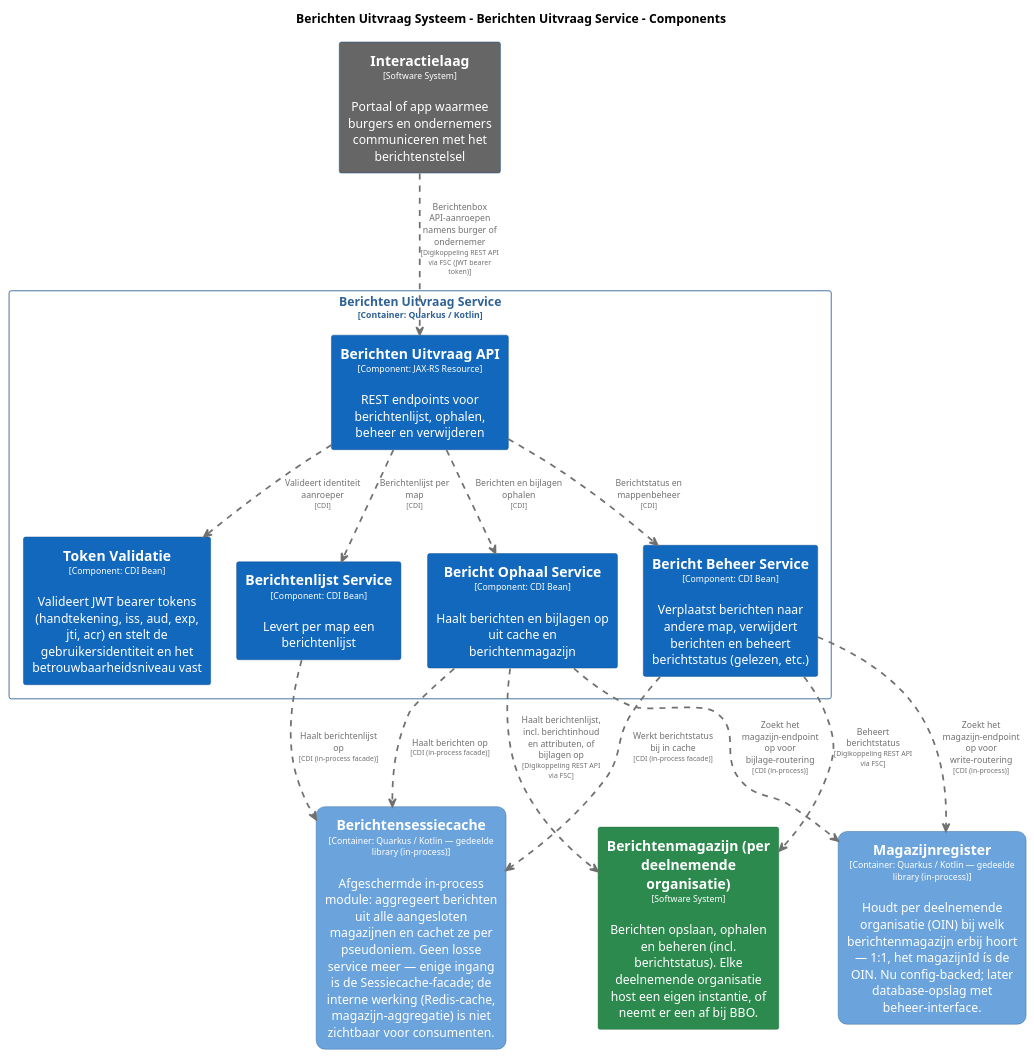
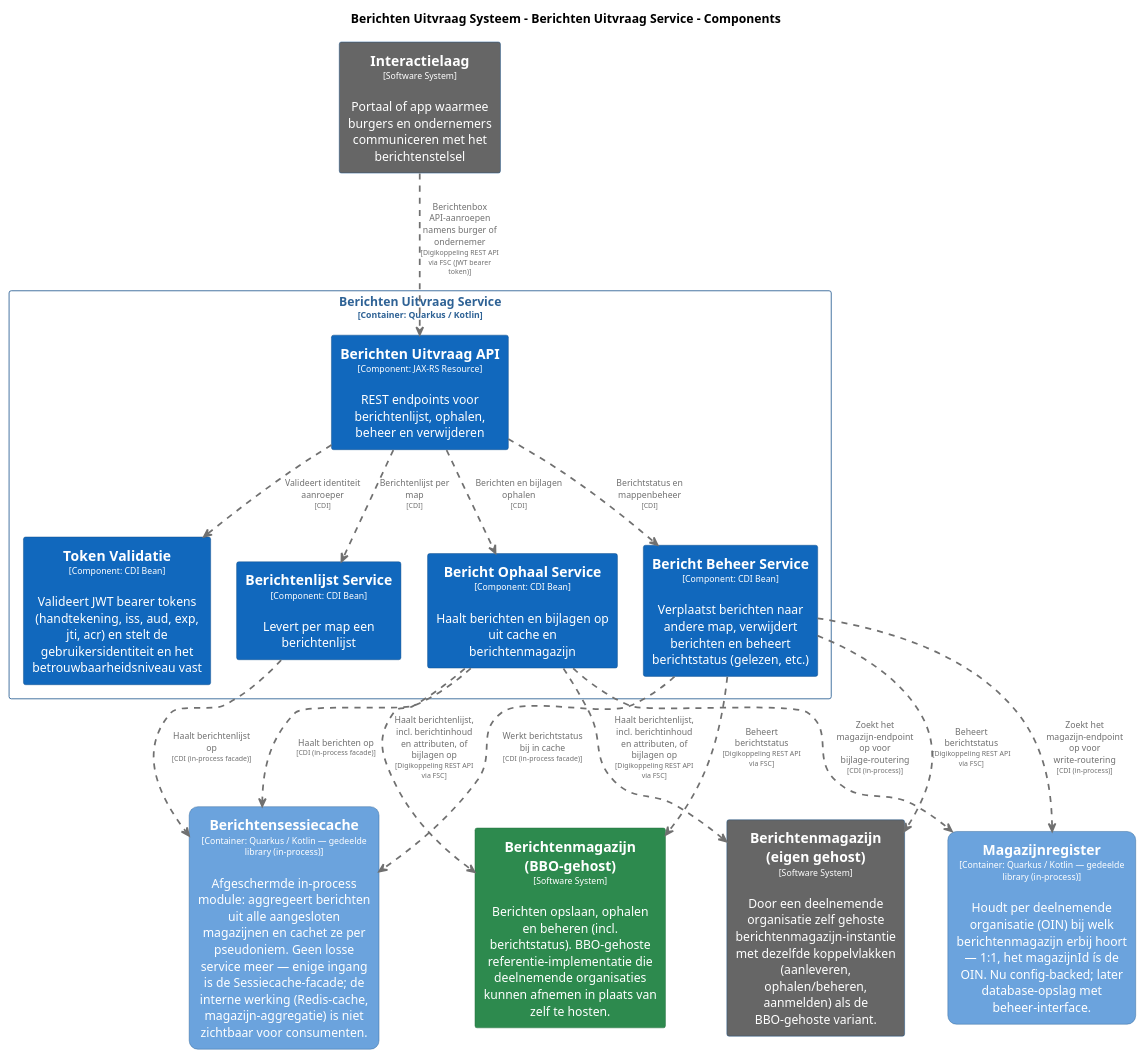
Before and after one commit to MinBZK/moza-poc-fbs-berichtenbox: the diagram in master/puml/BerichtenUitvraagServiceComponenten.puml, drawn with PlantUML. The commit also changed 90 other files, not shown here.

```diff
--- a/master/puml/BerichtenUitvraagServiceComponenten.puml
+++ b/master/puml/BerichtenUitvraagServiceComponenten.puml
@@ -1,105 +1,114 @@
 @startuml
 set separator none
 title Berichten Uitvraag Systeem - Berichten Uitvraag Service - Components
 
 top to bottom direction
 skinparam ranksep 60
 skinparam nodesep 30
 
 skinparam {
   arrowFontSize 10
   defaultTextAlignment center
   wrapWidth 200
   maxMessageSize 100
 }
 
 hide stereotype
 
 skinparam rectangle<<BerichtenUitvraagSysteem.BerichtenUitvraagService.BerichtBeheerService>> {
   BackgroundColor #1168bd
   FontColor #ffffff
   BorderColor #0b4884
   shadowing false
 }
 skinparam rectangle<<BerichtenUitvraagSysteem.BerichtenUitvraagService.BerichtOphaalService>> {
   BackgroundColor #1168bd
   FontColor #ffffff
   BorderColor #0b4884
   shadowing false
 }
 skinparam rectangle<<BerichtenUitvraagSysteem.BerichtenUitvraagService.BerichtenUitvraagAPI>> {
   BackgroundColor #1168bd
   FontColor #ffffff
   BorderColor #0b4884
   shadowing false
 }
 skinparam rectangle<<BerichtenUitvraagSysteem.BerichtenUitvraagService.BerichtenlijstService>> {
   BackgroundColor #1168bd
   FontColor #ffffff
   BorderColor #0b4884
   shadowing false
 }
-skinparam rectangle<<Berichtenmagazijnperdeelnemendeorganisatie>> {
+skinparam rectangle<<BerichtenmagazijnBBOgehost>> {
   BackgroundColor #2d8a4e
   FontColor #ffffff
   BorderColor #1e6b38
+  shadowing false
+}
+skinparam rectangle<<Berichtenmagazijneigengehost>> {
+  BackgroundColor #666666
+  FontColor #ffffff
+  BorderColor #0b4884
   shadowing false
 }
 skinparam rectangle<<BerichtenUitvraagSysteem.Berichtensessiecache>> {
   BackgroundColor #6ba3dd
   FontColor #ffffff
   BorderColor #2e6295
   roundCorner 20
   shadowing false
 }
 skinparam rectangle<<Interactielaag>> {
   BackgroundColor #666666
   FontColor #ffffff
   BorderColor #0b4884
   shadowing false
 }
 skinparam rectangle<<BerichtenUitvraagSysteem.Magazijnregister>> {
   BackgroundColor #6ba3dd
   FontColor #ffffff
   BorderColor #2e6295
   roundCorner 20
   shadowing false
 }
 skinparam rectangle<<BerichtenUitvraagSysteem.BerichtenUitvraagService.TokenValidatie>> {
   BackgroundColor #1168bd
   FontColor #ffffff
   BorderColor #0b4884
   shadowing false
 }
 skinparam rectangle<<BerichtenUitvraagSysteem.BerichtenUitvraagService>> {
   BorderColor #2e6295
   FontColor #2e6295
   shadowing false
 }
 
 rectangle "==Interactielaag\n<size:10>[Software System]</size>\n\nPortaal of app waarmee burgers en ondernemers communiceren met het berichtenstelsel" <<Interactielaag>> as Interactielaag
-rectangle "==Berichtenmagazijn (per deelnemende organisatie)\n<size:10>[Software System]</size>\n\nBerichten opslaan, ophalen en beheren (incl. berichtstatus). Elke deelnemende organisatie host een eigen instantie, of neemt er een af bij BBO." <<Berichtenmagazijnperdeelnemendeorganisatie>> as Berichtenmagazijnperdeelnemendeorganisatie
+rectangle "==Berichtenmagazijn (eigen gehost)\n<size:10>[Software System]</size>\n\nDoor een deelnemende organisatie zelf gehoste berichtenmagazijn-instantie met dezelfde koppelvlakken (aanleveren, ophalen/beheren, aanmelden) als de BBO-gehoste variant." <<Berichtenmagazijneigengehost>> as Berichtenmagazijneigengehost
+rectangle "==Berichtenmagazijn (BBO-gehost)\n<size:10>[Software System]</size>\n\nBerichten opslaan, ophalen en beheren (incl. berichtstatus). BBO-gehoste referentie-implementatie die deelnemende organisaties kunnen afnemen in plaats van zelf te hosten." <<BerichtenmagazijnBBOgehost>> as BerichtenmagazijnBBOgehost
 rectangle "==Berichtensessiecache\n<size:10>[Container: Quarkus / Kotlin — gedeelde library (in-process)]</size>\n\nAfgeschermde in-process module: aggregeert berichten uit alle aangesloten magazijnen en cachet ze per pseudoniem. Geen losse service meer — enige ingang is de Sessiecache-facade; de interne werking (Redis-cache, magazijn-aggregatie) is niet zichtbaar voor consumenten." <<BerichtenUitvraagSysteem.Berichtensessiecache>> as BerichtenUitvraagSysteem.Berichtensessiecache
 rectangle "==Magazijnregister\n<size:10>[Container: Quarkus / Kotlin — gedeelde library (in-process)]</size>\n\nHoudt per deelnemende organisatie (OIN) bij welk berichtenmagazijn erbij hoort — 1:1, het magazijnId ís de OIN. Nu config-backed; later database-opslag met beheer-interface." <<BerichtenUitvraagSysteem.Magazijnregister>> as BerichtenUitvraagSysteem.Magazijnregister
 
 rectangle "Berichten Uitvraag Service\n<size:10>[Container: Quarkus / Kotlin]</size>" <<BerichtenUitvraagSysteem.BerichtenUitvraagService>> {
   rectangle "==Berichten Uitvraag API\n<size:10>[Component: JAX-RS Resource]</size>\n\nREST endpoints voor berichtenlijst, ophalen, beheer en verwijderen" <<BerichtenUitvraagSysteem.BerichtenUitvraagService.BerichtenUitvraagAPI>> as BerichtenUitvraagSysteem.BerichtenUitvraagService.BerichtenUitvraagAPI
   rectangle "==Token Validatie\n<size:10>[Component: CDI Bean]</size>\n\nValideert JWT bearer tokens (handtekening, iss, aud, exp, jti, acr) en stelt de gebruikersidentiteit en het betrouwbaarheidsniveau vast" <<BerichtenUitvraagSysteem.BerichtenUitvraagService.TokenValidatie>> as BerichtenUitvraagSysteem.BerichtenUitvraagService.TokenValidatie
   rectangle "==Berichtenlijst Service\n<size:10>[Component: CDI Bean]</size>\n\nLevert per map een berichtenlijst" <<BerichtenUitvraagSysteem.BerichtenUitvraagService.BerichtenlijstService>> as BerichtenUitvraagSysteem.BerichtenUitvraagService.BerichtenlijstService
   rectangle "==Bericht Ophaal Service\n<size:10>[Component: CDI Bean]</size>\n\nHaalt berichten en bijlagen op uit cache en berichtenmagazijn" <<BerichtenUitvraagSysteem.BerichtenUitvraagService.BerichtOphaalService>> as BerichtenUitvraagSysteem.BerichtenUitvraagService.BerichtOphaalService
   rectangle "==Bericht Beheer Service\n<size:10>[Component: CDI Bean]</size>\n\nVerplaatst berichten naar andere map, verwijdert berichten en beheert berichtstatus (gelezen, etc.)" <<BerichtenUitvraagSysteem.BerichtenUitvraagService.BerichtBeheerService>> as BerichtenUitvraagSysteem.BerichtenUitvraagService.BerichtBeheerService
 }
 
-BerichtenUitvraagSysteem.BerichtenUitvraagService.BerichtBeheerService .[#707070,thickness=2].> Berichtenmagazijnperdeelnemendeorganisatie : "<color:#707070>Beheert berichtstatus\n<color:#707070><size:8>[Digikoppeling REST API via FSC]</size>"
+BerichtenUitvraagSysteem.BerichtenUitvraagService.BerichtBeheerService .[#707070,thickness=2].> BerichtenmagazijnBBOgehost : "<color:#707070>Beheert berichtstatus\n<color:#707070><size:8>[Digikoppeling REST API via FSC]</size>"
+BerichtenUitvraagSysteem.BerichtenUitvraagService.BerichtOphaalService .[#707070,thickness=2].> Berichtenmagazijneigengehost : "<color:#707070>Haalt berichtenlijst, incl. berichtinhoud en attributen, of bijlagen op\n<color:#707070><size:8>[Digikoppeling REST API via FSC]</size>"
+BerichtenUitvraagSysteem.BerichtenUitvraagService.BerichtBeheerService .[#707070,thickness=2].> Berichtenmagazijneigengehost : "<color:#707070>Beheert berichtstatus\n<color:#707070><size:8>[Digikoppeling REST API via FSC]</size>"
 BerichtenUitvraagSysteem.BerichtenUitvraagService.BerichtenUitvraagAPI .[#707070,thickness=2].> BerichtenUitvraagSysteem.BerichtenUitvraagService.TokenValidatie : "<color:#707070>Valideert identiteit aanroeper\n<color:#707070><size:8>[CDI]</size>"
 BerichtenUitvraagSysteem.BerichtenUitvraagService.BerichtenUitvraagAPI .[#707070,thickness=2].> BerichtenUitvraagSysteem.BerichtenUitvraagService.BerichtenlijstService : "<color:#707070>Berichtenlijst per map\n<color:#707070><size:8>[CDI]</size>"
 BerichtenUitvraagSysteem.BerichtenUitvraagService.BerichtenUitvraagAPI .[#707070,thickness=2].> BerichtenUitvraagSysteem.BerichtenUitvraagService.BerichtOphaalService : "<color:#707070>Berichten en bijlagen ophalen\n<color:#707070><size:8>[CDI]</size>"
 BerichtenUitvraagSysteem.BerichtenUitvraagService.BerichtenUitvraagAPI .[#707070,thickness=2].> BerichtenUitvraagSysteem.BerichtenUitvraagService.BerichtBeheerService : "<color:#707070>Berichtstatus en mappenbeheer\n<color:#707070><size:8>[CDI]</size>"
 BerichtenUitvraagSysteem.BerichtenUitvraagService.BerichtOphaalService .[#707070,thickness=2].> BerichtenUitvraagSysteem.Berichtensessiecache : "<color:#707070>Haalt berichten op\n<color:#707070><size:8>[CDI (in-process facade)]</size>"
 BerichtenUitvraagSysteem.BerichtenUitvraagService.BerichtenlijstService .[#707070,thickness=2].> BerichtenUitvraagSysteem.Berichtensessiecache : "<color:#707070>Haalt berichtenlijst op\n<color:#707070><size:8>[CDI (in-process facade)]</size>"
 BerichtenUitvraagSysteem.BerichtenUitvraagService.BerichtBeheerService .[#707070,thickness=2].> BerichtenUitvraagSysteem.Berichtensessiecache : "<color:#707070>Werkt berichtstatus bij in cache\n<color:#707070><size:8>[CDI (in-process facade)]</size>"
 BerichtenUitvraagSysteem.BerichtenUitvraagService.BerichtOphaalService .[#707070,thickness=2].> BerichtenUitvraagSysteem.Magazijnregister : "<color:#707070>Zoekt het magazijn-endpoint op voor bijlage-routering\n<color:#707070><size:8>[CDI (in-process)]</size>"
 BerichtenUitvraagSysteem.BerichtenUitvraagService.BerichtBeheerService .[#707070,thickness=2].> BerichtenUitvraagSysteem.Magazijnregister : "<color:#707070>Zoekt het magazijn-endpoint op voor write-routering\n<color:#707070><size:8>[CDI (in-process)]</size>"
 Interactielaag .[#707070,thickness=2].> BerichtenUitvraagSysteem.BerichtenUitvraagService.BerichtenUitvraagAPI : "<color:#707070>Berichtenbox API-aanroepen namens burger of ondernemer\n<color:#707070><size:8>[Digikoppeling REST API via FSC (JWT bearer token)]</size>"
-BerichtenUitvraagSysteem.BerichtenUitvraagService.BerichtOphaalService .[#707070,thickness=2].> Berichtenmagazijnperdeelnemendeorganisatie : "<color:#707070>Haalt berichtenlijst, incl. berichtinhoud en attributen, of bijlagen op\n<color:#707070><size:8>[Digikoppeling REST API via FSC]</size>"
+BerichtenUitvraagSysteem.BerichtenUitvraagService.BerichtOphaalService .[#707070,thickness=2].> BerichtenmagazijnBBOgehost : "<color:#707070>Haalt berichtenlijst, incl. berichtinhoud en attributen, of bijlagen op\n<color:#707070><size:8>[Digikoppeling REST API via FSC]</size>"
 @enduml
```
